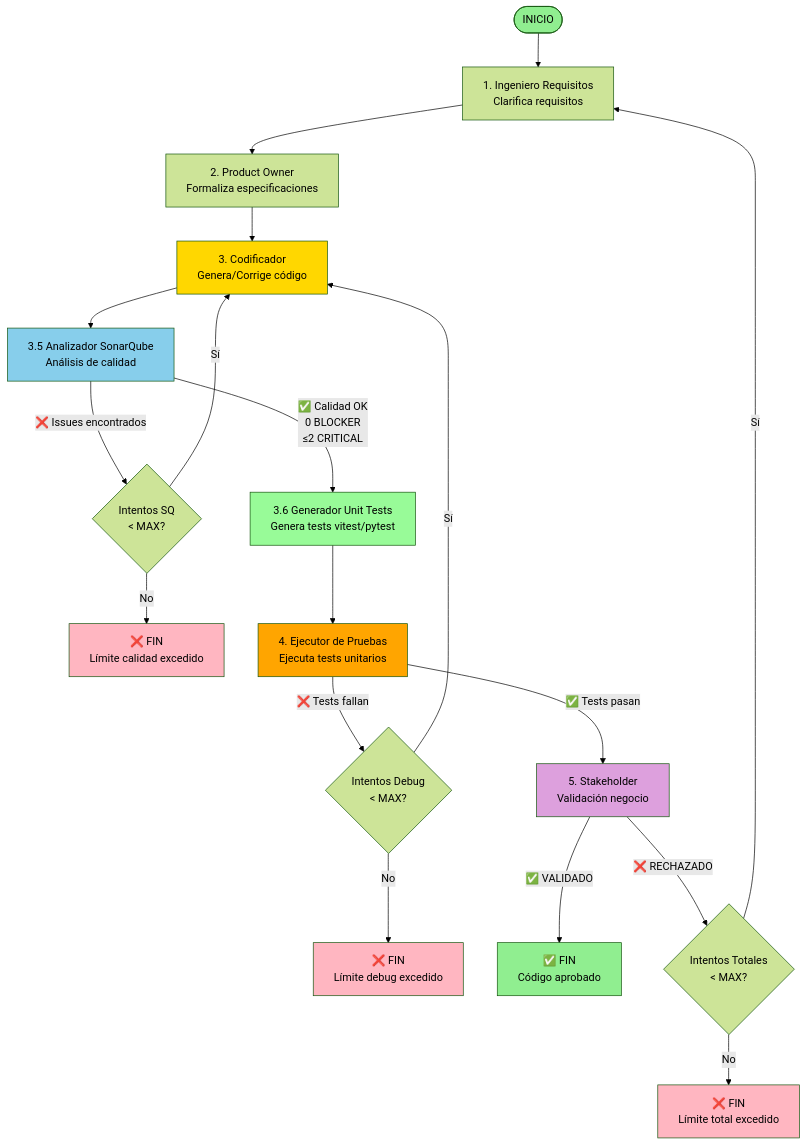
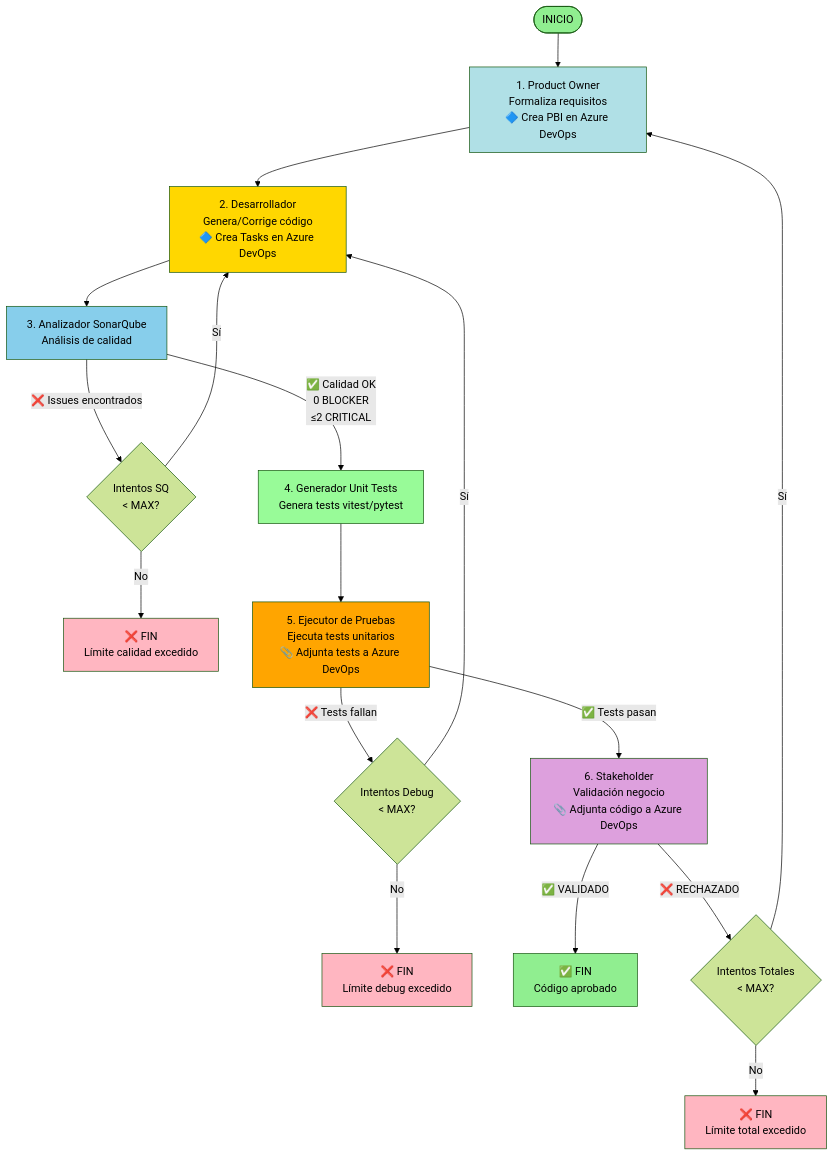
The diagram in FLOW_DIAGRAM.md (DavidVelazquezBernal/Capstone-proyect), drawn with Mermaid (forest theme) before and after one commit. The commit also changed other lines of this file and 5 other files, not shown here.

First line of the commit message:
docs: Actualizar documentación del sistema multiagente para reflejar arquitectura completa con SonarQube, Azure DevOps y flujo de tres bucles de corrección

````diff
--- a/FLOW_DIAGRAM.md
+++ b/FLOW_DIAGRAM.md
@@ -5,36 +5,36 @@
 ```mermaid
 graph TD
-    START([INICIO]) --> IR[1. Ingeniero Requisitos<br/>Clarifica requisitos]
-    IR --> PO[2. Product Owner<br/>Formaliza especificaciones]
-    PO --> COD[3. Codificador<br/>Genera/Corrige código]
+    START([INICIO]) --> PO[1. Product Owner<br/>Formaliza requisitos<br/>🔷 Crea PBI en Azure DevOps]
+    PO --> DEV[2. Desarrollador<br/>Genera/Corrige código<br/>🔷 Crea Tasks en Azure DevOps]
     
-    COD --> SQ[3.5 Analizador SonarQube<br/>Análisis de calidad]
+    DEV --> SQ[3. Analizador SonarQube<br/>Análisis de calidad]
     
-    SQ -->|✅ Calidad OK<br/>0 BLOCKER<br/>≤2 CRITICAL| GUT[3.6 Generador Unit Tests<br/>Genera tests vitest/pytest]
+    SQ -->|✅ Calidad OK<br/>0 BLOCKER<br/>≤2 CRITICAL| GUT[4. Generador Unit Tests<br/>Genera tests vitest/pytest]
     SQ -->|❌ Issues encontrados| SQCHECK{Intentos SQ<br/>< MAX?}
-    SQCHECK -->|Sí| COD
+    SQCHECK -->|Sí| DEV
     SQCHECK -->|No| ENDLIMIT1[❌ FIN<br/>Límite calidad excedido]
     
-    GUT --> PROB[4. Ejecutor de Pruebas<br/>Ejecuta tests unitarios]
+    GUT --> PROB[5. Ejecutor de Pruebas<br/>Ejecuta tests unitarios<br/>📎 Adjunta tests a Azure DevOps]
     
-    PROB -->|✅ Tests pasan| SH[5. Stakeholder<br/>Validación negocio]
+    PROB -->|✅ Tests pasan| SH[6. Stakeholder<br/>Validación negocio<br/>📎 Adjunta código a Azure DevOps]
     PROB -->|❌ Tests fallan| DEBUGCHECK{Intentos Debug<br/>< MAX?}
-    DEBUGCHECK -->|Sí| COD
+    DEBUGCHECK -->|Sí| DEV
     DEBUGCHECK -->|No| ENDLIMIT2[❌ FIN<br/>Límite debug excedido]
     
     SH -->|✅ VALIDADO| ENDSUCCESS[✅ FIN<br/>Código aprobado]
     SH -->|❌ RECHAZADO| ATTEMPTCHECK{Intentos Totales<br/>< MAX?}
-    ATTEMPTCHECK -->|Sí| IR
+    ATTEMPTCHECK -->|Sí| PO
     ATTEMPTCHECK -->|No| ENDFINAL[❌ FIN<br/>Límite total excedido]
     
     style START fill:#90EE90
     style ENDSUCCESS fill:#90EE90
     style ENDLIMIT1 fill:#FFB6C1
     style ENDLIMIT2 fill:#FFB6C1
     style ENDFINAL fill:#FFB6C1
     style SQ fill:#87CEEB
     style GUT fill:#98FB98
-    style COD fill:#FFD700
+    style DEV fill:#FFD700
     style PROB fill:#FFA500
     style SH fill:#DDA0DD
+    style PO fill:#B0E0E6
 ```
````
